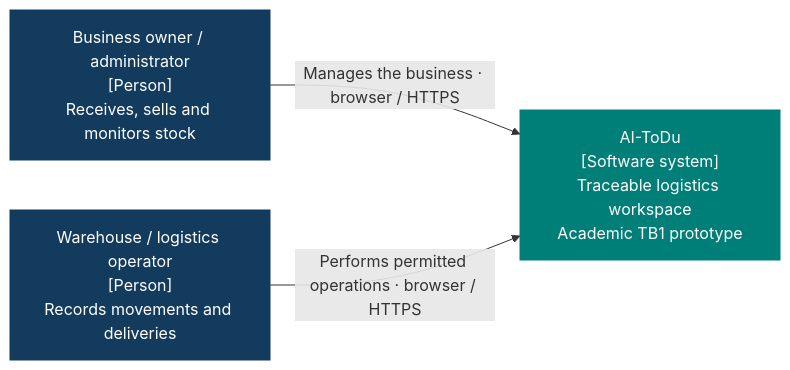
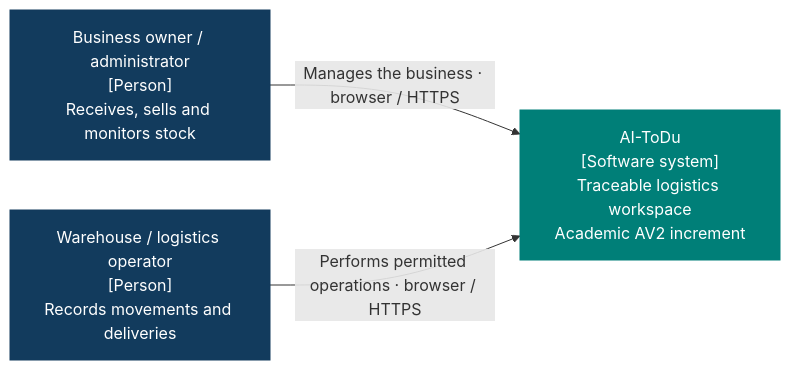
The diagram in design/diagrams/c4-context.mmd (AI-ToDu/ai-todu-report), drawn with Mermaid before and after one commit. The commit also changed 23 other files, not shown here.

```diff
--- a/design/diagrams/c4-context.mmd
+++ b/design/diagrams/c4-context.mmd
@@ -1,10 +1,10 @@
 flowchart LR
  owner["Business owner / administrator<br/>[Person]<br/>Receives, sells and monitors stock"]
  operator["Warehouse / logistics operator<br/>[Person]<br/>Records movements and deliveries"]
- system["AI-ToDu<br/>[Software system]<br/>Traceable logistics workspace<br/>Academic TB1 prototype"]
+ system["AI-ToDu<br/>[Software system]<br/>Traceable logistics workspace<br/>Academic AV2 increment"]
  owner -->|"Manages the business · browser / HTTPS"| system
  operator -->|"Performs permitted operations · browser / HTTPS"| system
  classDef person fill:#123b5d,color:#fff,stroke:#123b5d
  classDef system fill:#007f78,color:#fff,stroke:#007f78
  class owner,operator person
  class system system
```
